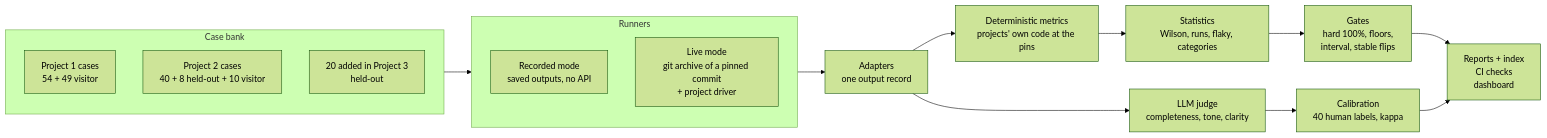
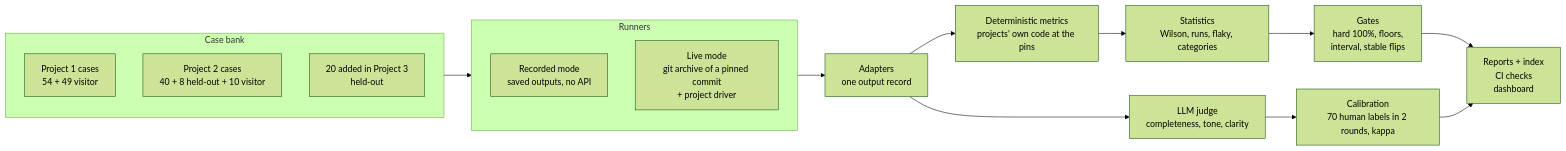
One commit to vamsialladev/eval-harness changed the first of 2 diagrams in docs/ARCHITECTURE.md. Above: the diagram before and after it, drawn with Mermaid (forest theme). The commit also changed 12 other files, not shown here.

````diff
--- a/docs/ARCHITECTURE.md
+++ b/docs/ARCHITECTURE.md
@@ -5,21 +5,21 @@
 ```mermaid
 flowchart LR
     subgraph bank[Case bank]
       P1C[Project 1 cases<br/>54 + 49 visitor]
       P2C[Project 2 cases<br/>40 + 8 held-out + 10 visitor]
       ADD[20 added in Project 3<br/>held-out]
     end
     subgraph run[Runners]
       REC[Recorded mode<br/>saved outputs, no API]
       LIVE[Live mode<br/>git archive of a pinned commit<br/>+ project driver]
     end
     ADP[Adapters<br/>one output record]
     MET[Deterministic metrics<br/>projects' own code at the pins]
     JUD[LLM judge<br/>completeness, tone, clarity]
-    CAL[Calibration<br/>40 human labels, kappa]
+    CAL[Calibration<br/>70 human labels in 2 rounds, kappa]
     STA[Statistics<br/>Wilson, runs, flaky, categories]
     GAT[Gates<br/>hard 100%, floors,<br/>interval, stable flips]
     OUT[Reports + index<br/>CI checks<br/>dashboard]
     bank --> run --> ADP --> MET --> STA --> GAT --> OUT
     ADP --> JUD --> CAL --> OUT
 ```
````
